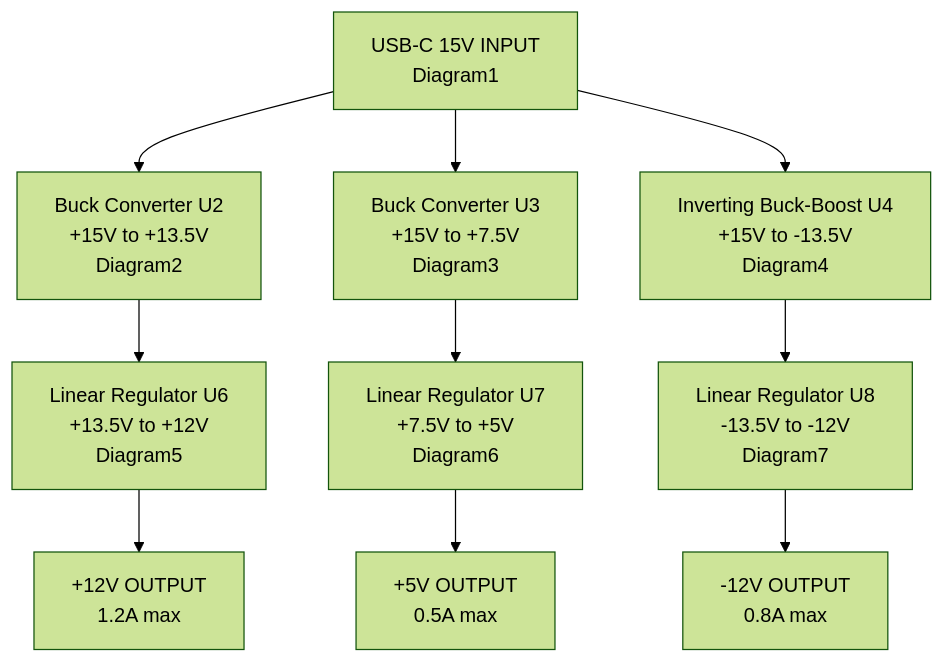
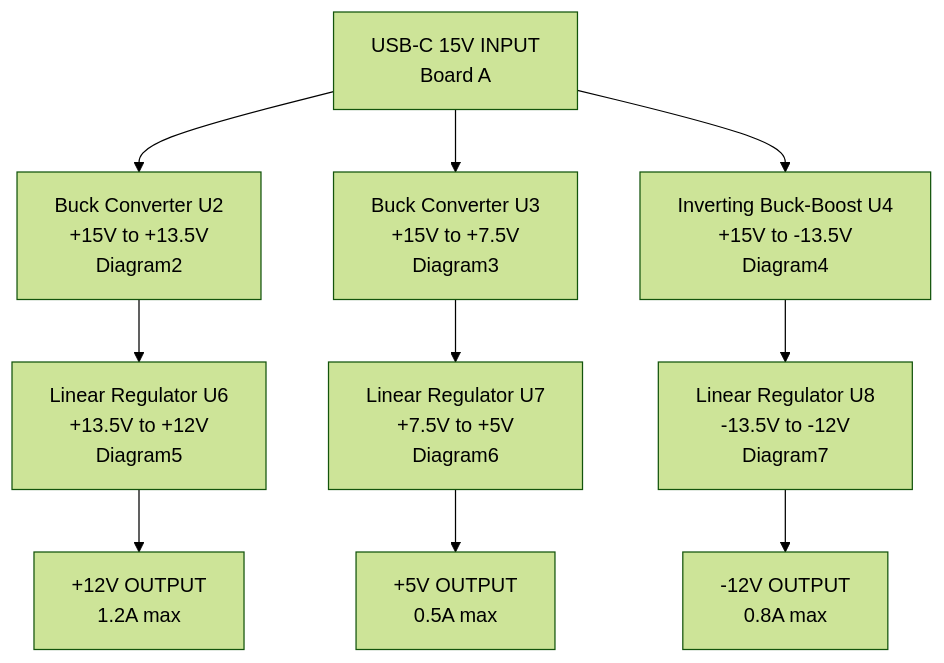
Before and after one commit to Takazudo/zudo-power-usb-pd: the diagram in doc/src/content/docs/overview/circuit-diagrams.mdx, drawn with Mermaid (forest theme). The commit also changed other lines of this file and 1 other file, not shown here.

First line of the commit message:
docs: rewrite bom.md against the spec modules, retire circuit Diagram 1

````diff
--- a/doc/src/content/docs/overview/circuit-diagrams.mdx
+++ b/doc/src/content/docs/overview/circuit-diagrams.mdx
@@ -12,48 +17,48 @@
 ```mermaid
 flowchart TD
     USB["USB-C 15V INPUT
-    Diagram1"]
+    Board A"]
 
     D2["Buck Converter U2
     +15V to +13.5V
     Diagram2"]
 
     D3["Buck Converter U3
     +15V to +7.5V
     Diagram3"]
 
     D4["Inverting Buck-Boost U4
     +15V to -13.5V
     Diagram4"]
 
     D5["Linear Regulator U6
     +13.5V to +12V
     Diagram5"]
 
     D6["Linear Regulator U7
     +7.5V to +5V
     Diagram6"]
 
     D7["Linear Regulator U8
     -13.5V to -12V
     Diagram7"]
 
     OUT1["+12V OUTPUT
     1.2A max"]
 
     OUT2["+5V OUTPUT
     0.5A max"]
 
     OUT3["-12V OUTPUT
     0.8A max"]
 
     USB --> D2
     USB --> D3
     USB --> D4
     D2 --> D5
     D3 --> D6
     D4 --> D7
     D5 --> OUT1
     D6 --> OUT2
     D7 --> OUT3
 ```
````
